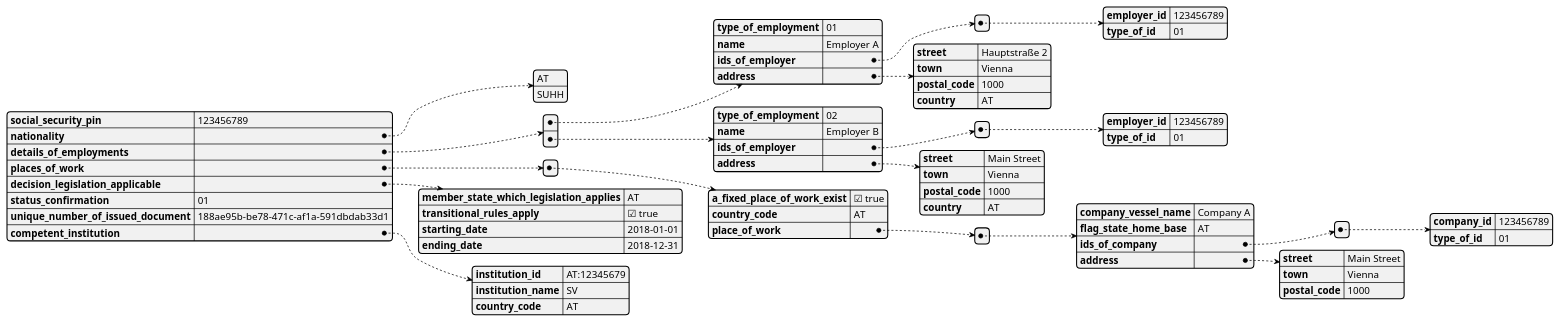
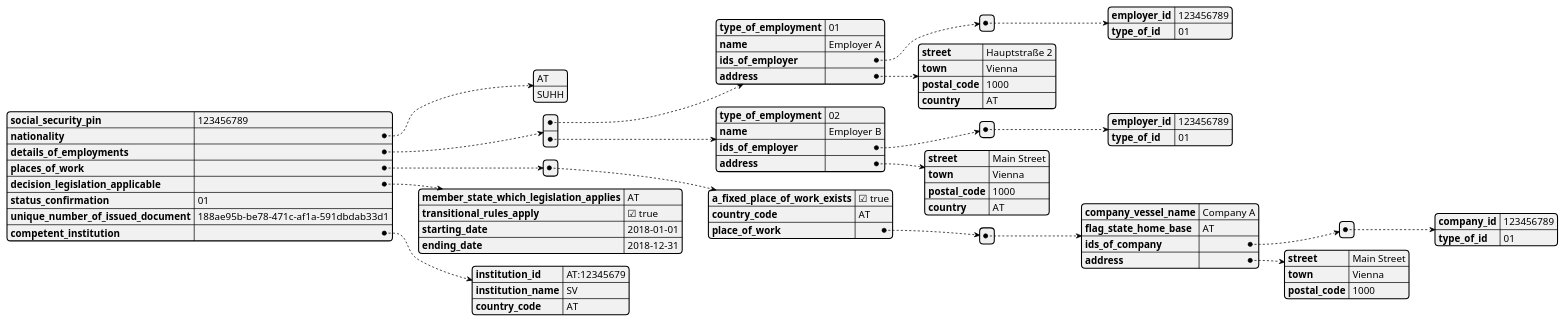
The diagram in standards/pda1.puml (dc4eu/vc), drawn with PlantUML before and after one commit.

Commit message:
added puml diagram source code and updated the diagrams

```diff
--- a/standards/pda1.puml
+++ b/standards/pda1.puml
@@ -1,80 +1,80 @@
 @startjson
 #
 {
     "social_security_pin": "123456789",
     "nationality": [
         "AT",
         "SUHH"
     ],
     "details_of_employments": [
         {
             "type_of_employment": "01",
             "name": "Employer A",
             "ids_of_employer": [
                 {
                     "employer_id": "123456789",
                     "type_of_id": "01"
                 }
             ],
             "address": {
                 "street": "Hauptstraße 2",
                 "town": "Vienna",
                 "postal_code": "1000",
                 "country": "AT"
             }
         },
         {
             "type_of_employment": "02",
             "name": "Employer B",
             "ids_of_employer": [
                 {
                     "employer_id": "123456789",
                     "type_of_id": "01"
                 }
             ],
             "address": {
                 "street": "Main Street",
                 "town": "Vienna",
                 "postal_code": "1000",
                 "country": "AT"
             }
         }
     ],
     "places_of_work": [
         {
-            "a_fixed_place_of_work_exist": true,
+            "a_fixed_place_of_work_exists": true,
             "country_code": "AT",
             "place_of_work": [
                 {
                     "company_vessel_name": "Company A",
                     "flag_state_home_base": "AT",
                     "ids_of_company": [
                         {
                             "company_id": "123456789",
                             "type_of_id": "01"
                         }
                     ],
                     "address": {
                         "street": "Main Street",
                         "town": "Vienna",
                         "postal_code": "1000"
                     }
                 }
             ]
         }
     ],
     "decision_legislation_applicable": {
         "member_state_which_legislation_applies": "AT", //<xsd:pattern value='(AT|BE|BG|HR|CY|CZ|DK|EE|FI|FR|DE|EL|HU|IS|IE|IT|LV|LI|LT|LU|MT|NL|NO|PL|PT|RO|SK|SI|ES|SE|CH|UK){1}'/>
         "transitional_rules_apply": true,
         "starting_date": "2018-01-01",
         "ending_date": "2018-12-31" //for open period end date will be set to 2499-01-01, to ensure that the end date is not reached
     },
     "status_confirmation": "01", //A009 article_regulation_ec_no_8832004 01 -> 01, 02 -> 03
     "unique_number_of_issued_document": "188ae95b-be78-471c-af1a-591dbdab33d1",
     "competent_institution": {
         "institution_id": "AT:12345679", //<xsd:pattern value='(AT|BE|BG|HR|CY|CZ|DK|EE|FI|FR|DE|EL|HU|IS|IE|IT|LV|LI|LT|LU|MT|NL|NO|PL|PT|RO|SK|SI|ES|SE|CH|UK|EU):[a-zA-Z0-9]{4,10}' />
         "institution_name": "SV",
         "country_code": "AT" //<xsd:pattern value='(AT|BE|BG|HR|CY|CZ|DK|EE|FI|FR|DE|EL|HU|IS|IE|IT|LV|LI|LT|LU|MT|NL|NO|PL|PT|RO|SK|SI|ES|SE|CH|UK|EU){1}'/>
     }
 }
 @endjson
```
